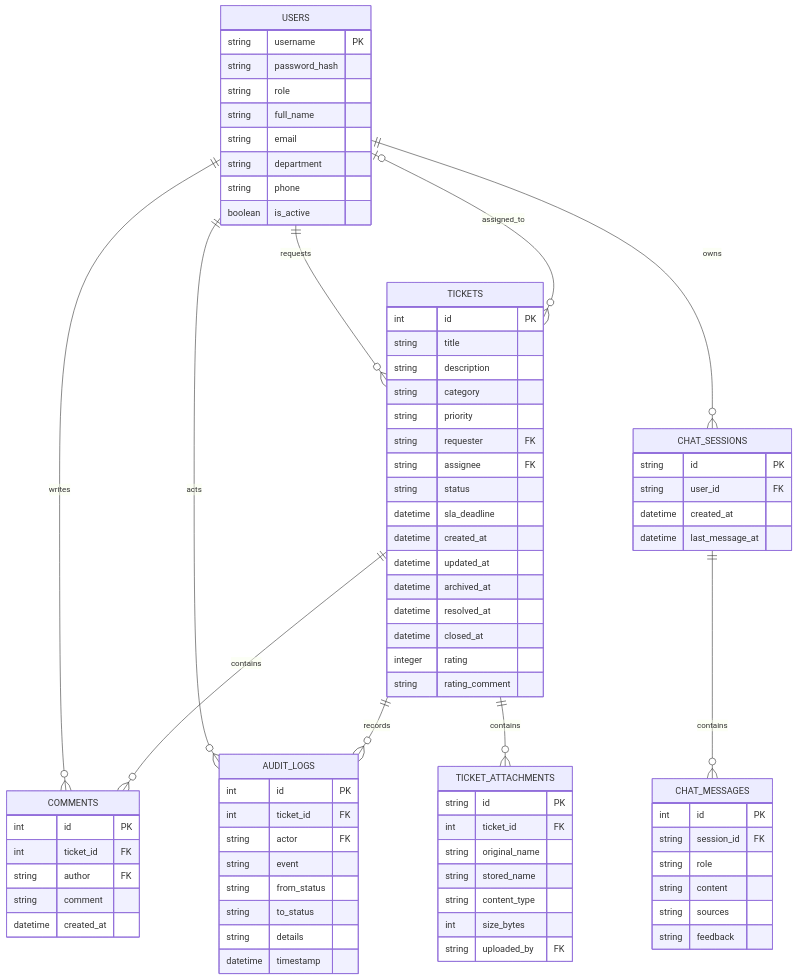
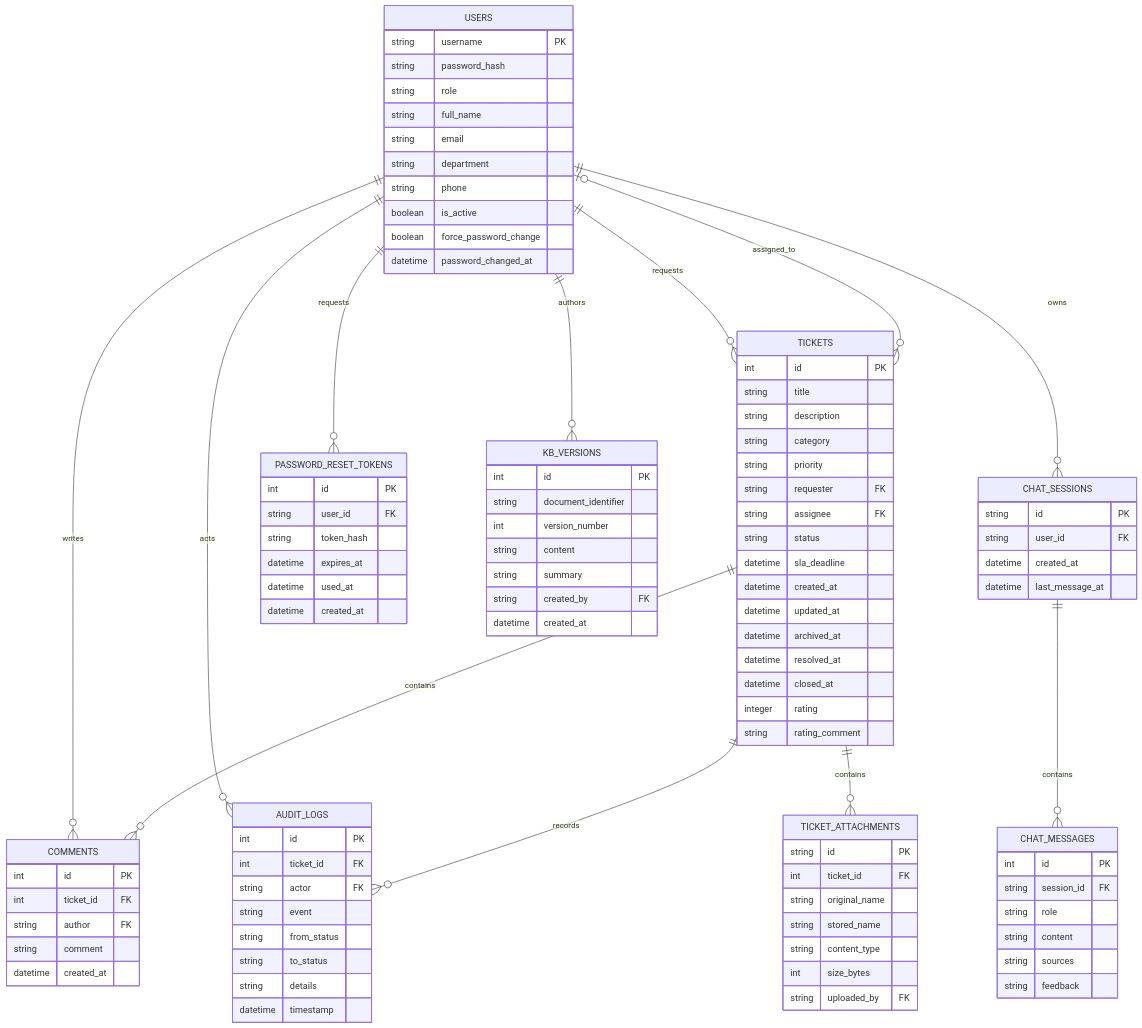
One commit to thinhsp-203/OpsMind-Helpdesk changed the tenth of 10 diagrams in docs/SDD.md. Above: the diagram before and after it, drawn with Mermaid. The commit also changed other lines of this file and 2 other files, not shown here.

````diff
--- a/docs/SDD.md
+++ b/docs/SDD.md
@@ -153,6 +220,9 @@
   TICKETS ||--o{ TICKET_ATTACHMENTS : contains
   USERS ||--o{ CHAT_SESSIONS : owns
   CHAT_SESSIONS ||--o{ CHAT_MESSAGES : contains
+  USERS ||--o{ PASSWORD_RESET_TOKENS : requests
+  USERS ||--o{ KB_VERSIONS : authors
+
   USERS {
     string username PK
     string password_hash
@@ -162,6 +232,8 @@
     string department
     string phone
     boolean is_active
+    boolean force_password_change
+    datetime password_changed_at
   }
   TICKETS {
     int id PK
@@ -221,4 +293,21 @@
     string sources
     string feedback
   }
+  PASSWORD_RESET_TOKENS {
+    int id PK
+    string user_id FK
+    string token_hash
+    datetime expires_at
+    datetime used_at
+    datetime created_at
+  }
+  KB_VERSIONS {
+    int id PK
+    string document_identifier
+    int version_number
+    string content
+    string summary
+    string created_by FK
+    datetime created_at
+  }
 ```
````
